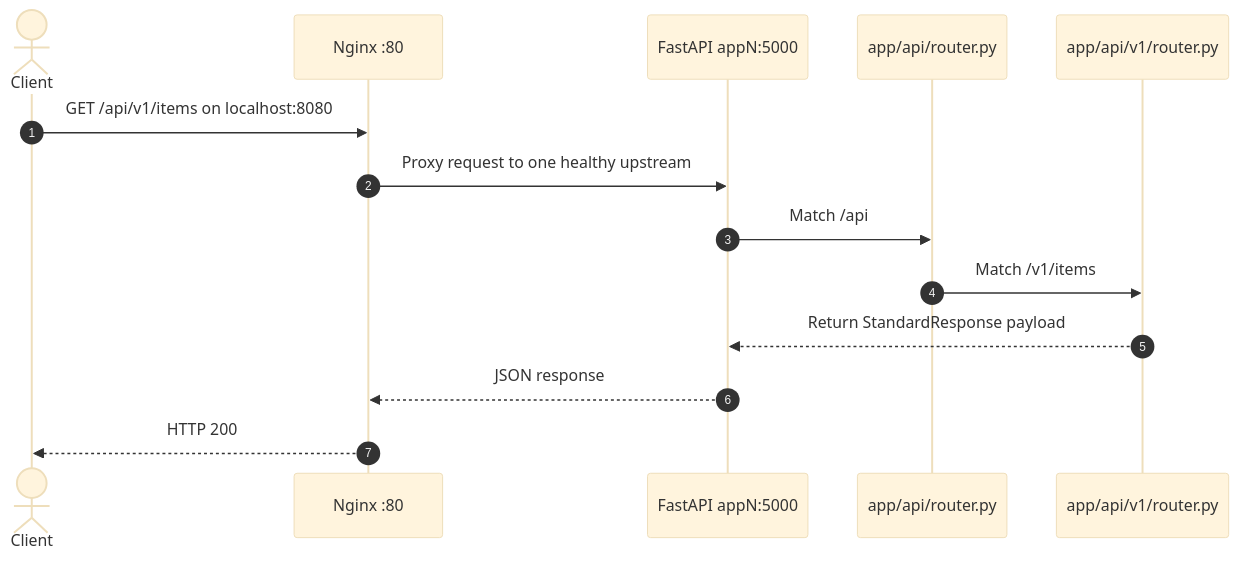
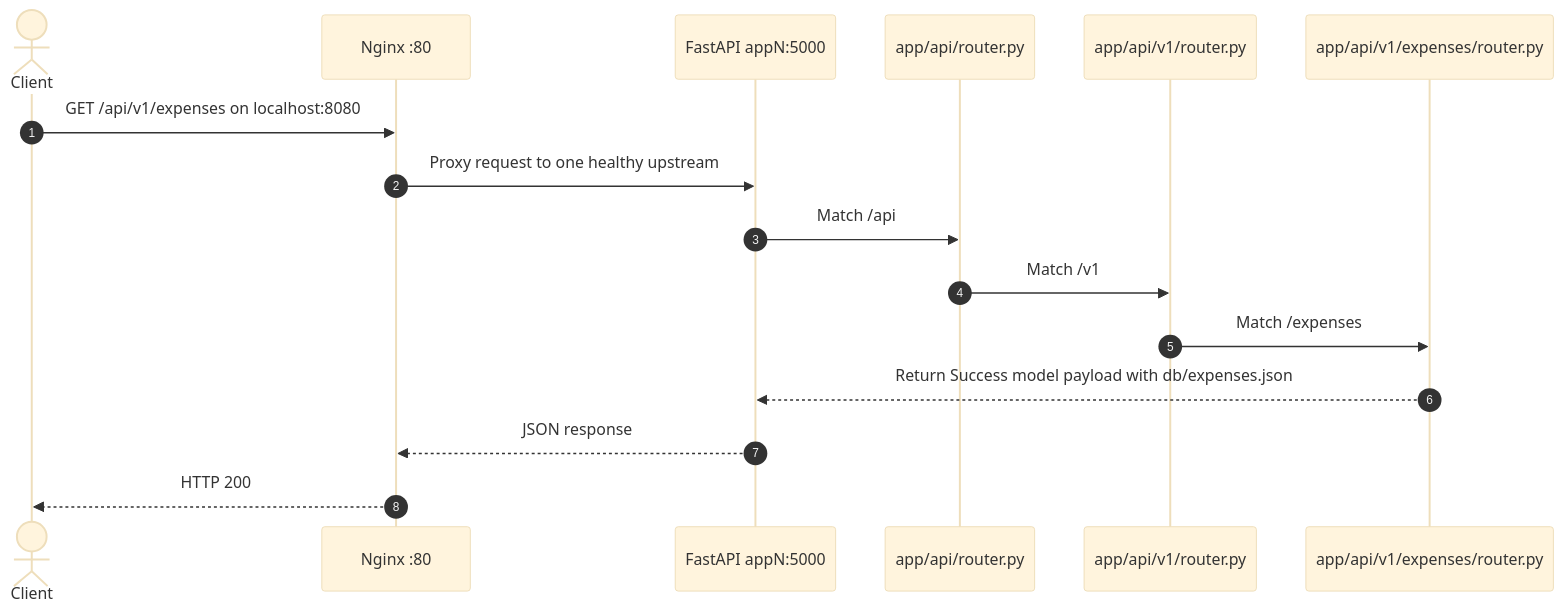
The second of 4 diagrams in docs/ARCHITECTURE.md (meshal10613/Expense-Tracker-API-with-Python-FastAPI), drawn with Mermaid (base theme) before and after one commit. The commit also changed other lines of this file and 9 other files, not shown here.

Commit message:
Add expenses endpoint and JSON data handling; update documentation and Docker setup

````diff
--- a/docs/ARCHITECTURE.md
+++ b/docs/ARCHITECTURE.md
@@ -94,17 +94,19 @@
 ```mermaid
 sequenceDiagram
     autonumber
     actor Client
     participant Nginx as Nginx :80
     participant App as FastAPI appN:5000
     participant Router as app/api/router.py
     participant V1 as app/api/v1/router.py
+    participant Expenses as app/api/v1/expenses/router.py
 
-    Client->>Nginx: GET /api/v1/items on localhost:8080
+    Client->>Nginx: GET /api/v1/expenses on localhost:8080
     Nginx->>App: Proxy request to one healthy upstream
     App->>Router: Match /api
-    Router->>V1: Match /v1/items
-    V1-->>App: Return StandardResponse payload
+    Router->>V1: Match /v1
+    V1->>Expenses: Match /expenses
+    Expenses-->>App: Return Success model payload with db/expenses.json
     App-->>Nginx: JSON response
     Nginx-->>Client: HTTP 200
 ```
````
